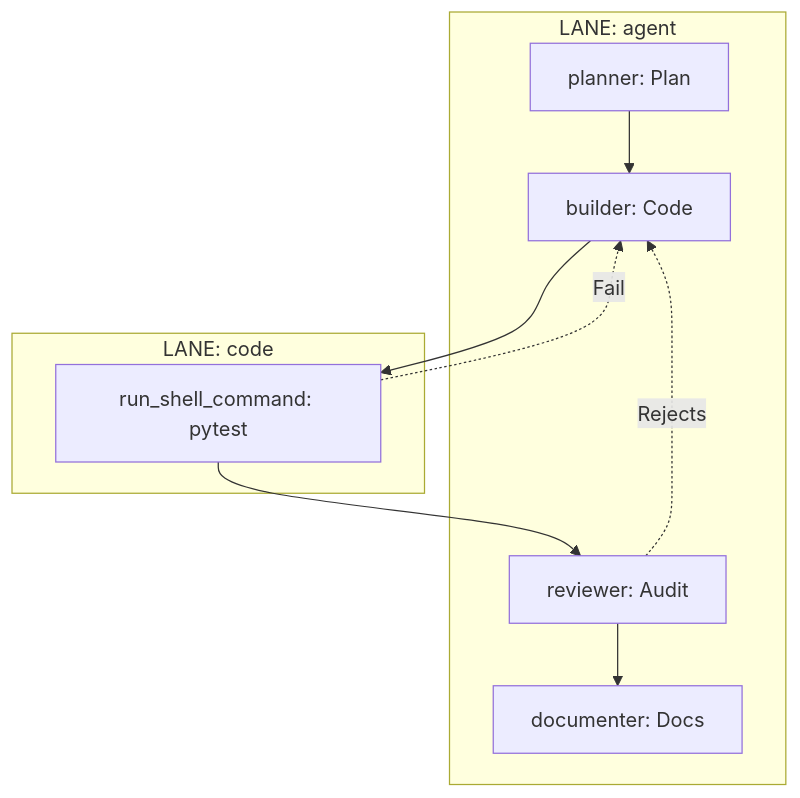
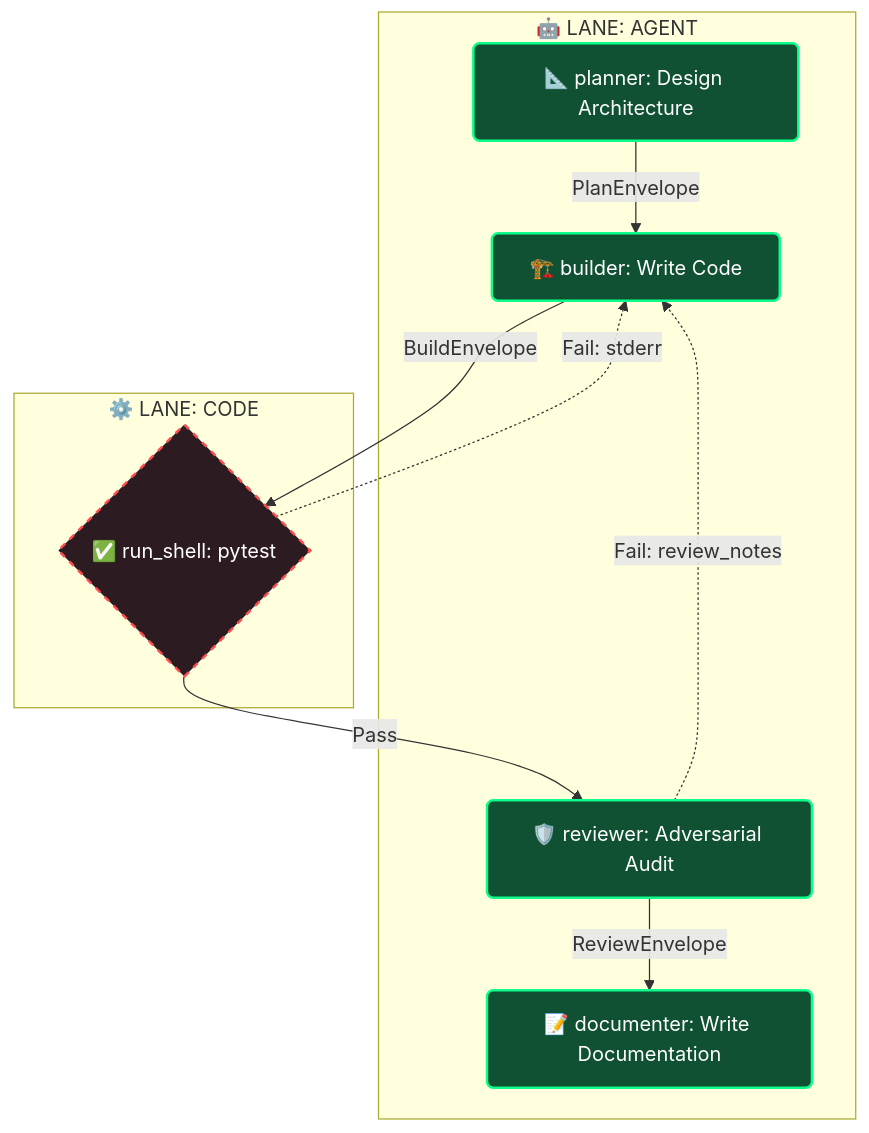
Before and after one commit to saulfernandez-me/agno-self-contain-software-factor: the diagram in templates/apf_scaffold/workflows/full_pdlc/graph.mermaid, drawn with Mermaid. The commit also changed 14 other files, not shown here.

Commit message:
refactor: upgrade all workflow diagrams to the APF Mermaid v2.0 visual standard

```diff
--- a/templates/apf_scaffold/workflows/full_pdlc/graph.mermaid
+++ b/templates/apf_scaffold/workflows/full_pdlc/graph.mermaid
@@ -1,16 +1,22 @@
 graph TD
-    subgraph "LANE: agent"
-        PLAN["planner: Plan"]:::agent
-        BUILD["builder: Code"]:::agent
-        REVIEW["reviewer: Audit"]:::agent
-        DOC["documenter: Docs"]:::agent
+    %% APF Color Palette
+    classDef agent fill:#0f5132,stroke:#0dfd8a,stroke-width:2px,color:#fff,rx:5px,ry:5px
+    classDef code fill:#2d1b22,stroke:#ff4d4f,stroke-width:2px,color:#fff,stroke-dasharray:5 5,rx:3px,ry:3px
+
+    subgraph "🤖 LANE: AGENT"
+        PLAN["📐 planner: Design Architecture"]:::agent
+        BUILD["🏗️ builder: Write Code"]:::agent
+        REV["🛡️ reviewer: Adversarial Audit"]:::agent
+        DOC["📝 documenter: Write Documentation"]:::agent
     end
-    subgraph "LANE: code"
-        TEST["run_shell_command: pytest"]:::code
+    
+    subgraph "⚙️ LANE: CODE"
+        TEST{"✅ run_shell: pytest"}:::code
     end
-    PLAN --> BUILD
-    BUILD --> TEST
-    TEST -.->|Fail| BUILD
-    TEST --> REVIEW
-    REVIEW -.->|Rejects| BUILD
-    REVIEW --> DOC
+
+    PLAN -->|PlanEnvelope| BUILD
+    BUILD -->|BuildEnvelope| TEST
+    TEST -.->|Fail: stderr| BUILD
+    TEST -->|Pass| REV
+    REV -.->|Fail: review_notes| BUILD
+    REV -->|ReviewEnvelope| DOC
```
